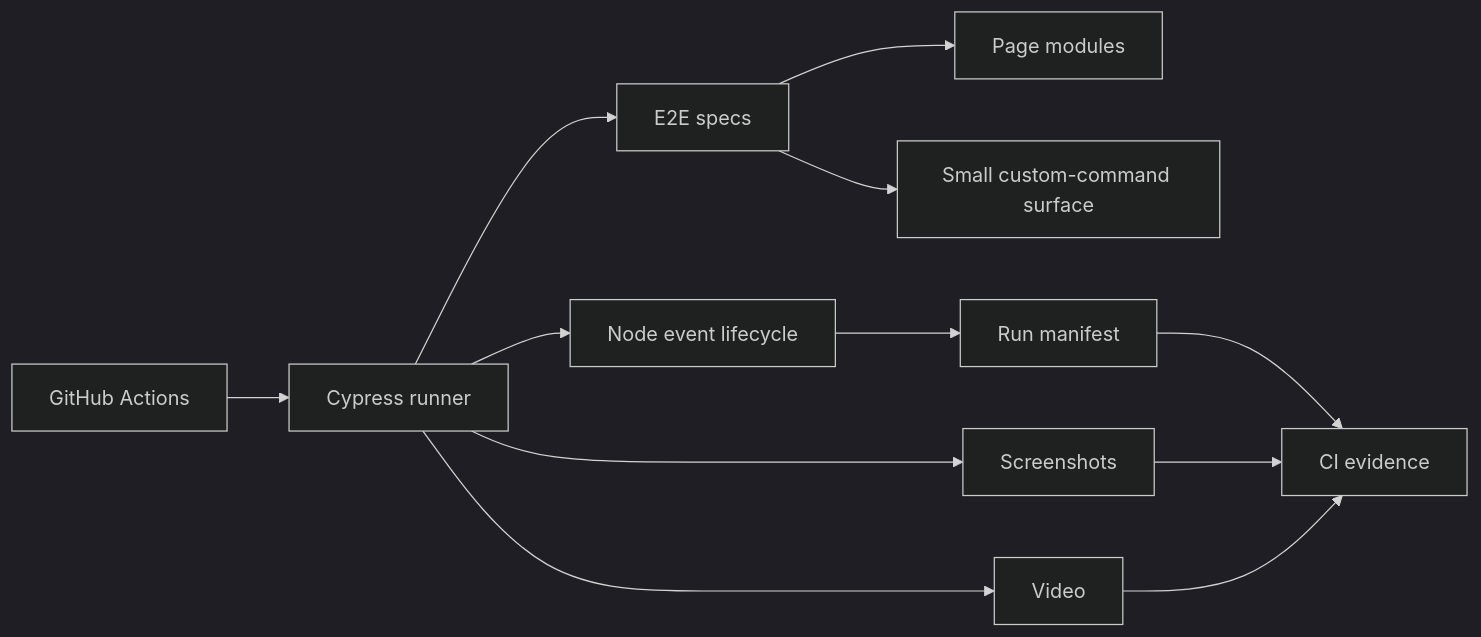
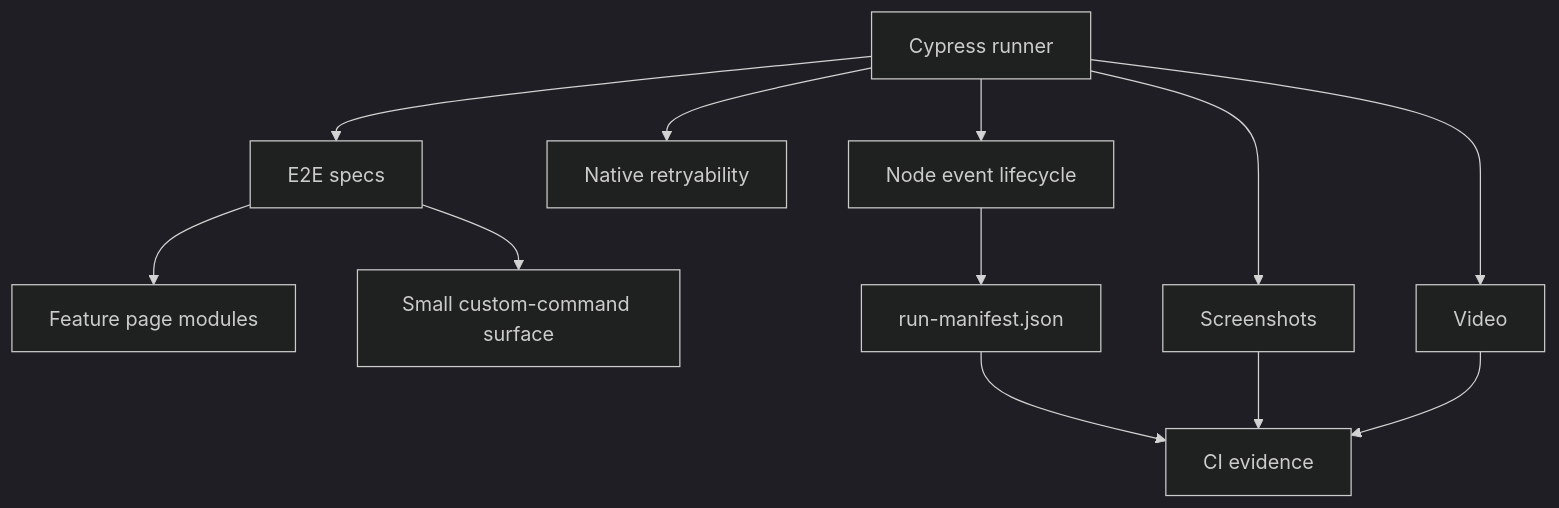
The second of 3 diagrams in README.md (portyu9/qa-automation-ui-cypress), drawn with Mermaid (dark theme) before and after one commit. The commit also changed other lines of this file and 4 other files, not shown here.

````diff
--- a/README.md
+++ b/README.md
@@ -20,14 +52,14 @@
 ```mermaid
-flowchart LR
-    CI[GitHub Actions] --> CYP[Cypress runner]
-    CYP --> SPEC[E2E specs]
-    SPEC --> PAGE[Page modules]
+flowchart TD
+    CYP[Cypress runner] --> SPEC[E2E specs]
+    SPEC --> PAGE[Feature page modules]
     SPEC --> CMD[Small custom-command surface]
-    CYP --> EVT[Node event lifecycle]
-    EVT --> MAN[Run manifest]
+    CYP --> RETRY[Native retryability]
+    CYP --> EVENT[Node event lifecycle]
+    EVENT --> MAN[run-manifest.json]
     CYP --> SS[Screenshots]
     CYP --> VID[Video]
-    MAN --> ART[CI evidence]
-    SS --> ART
-    VID --> ART
+    MAN --> OBS[CI evidence]
+    SS --> OBS
+    VID --> OBS
 ```
````
